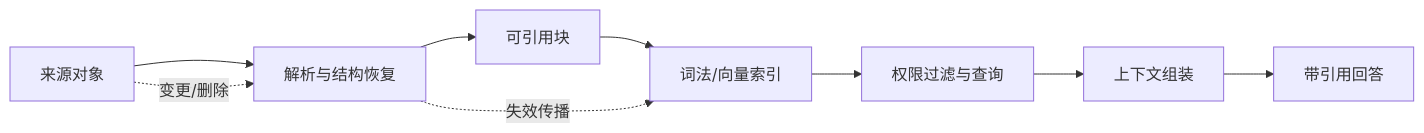
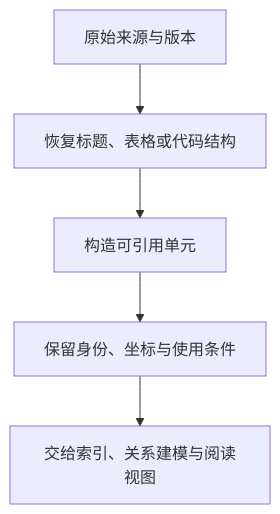
Before and after one commit to LENSHOOD/enterprise-context-book: the diagram in book/part-2/chapter-04.md, drawn with Mermaid. The commit also changed other lines of this file and 23 other files, not shown here.

````diff
--- a/book/part-2/chapter-04.md
+++ b/book/part-2/chapter-04.md
@@ -11,11 +33,7 @@
 ```mermaid
-flowchart LR
-  S[来源对象] --> P[解析与结构恢复]
-  P --> C[可引用块]
-  C --> I[词法/向量索引]
-  I --> Q[权限过滤与查询]
-  Q --> A[上下文组装]
-  A --> G[带引用回答]
-  S -.变更/删除.-> P
-  P -.失效传播.-> I
+flowchart TB
+  S[原始来源与版本] --> P[恢复标题、表格或代码结构]
+  P --> U[构造可引用单元]
+  U --> M[保留身份、坐标与使用条件]
+  M --> I[交给索引、关系建模与阅读视图]
 ```
````
